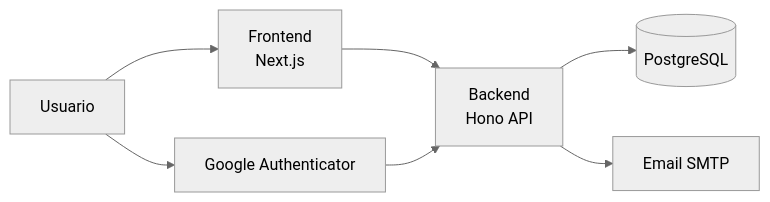
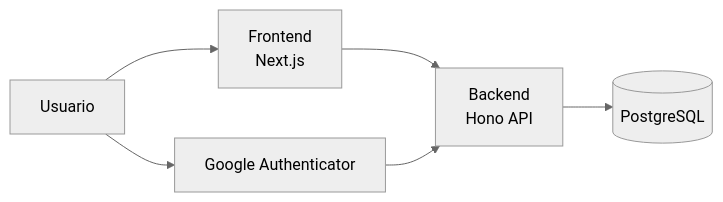
The diagram in docs/architecture/sad.md (FelipePepe/TeamHub), drawn with Mermaid (neutral theme) before and after one commit. The commit also changed other lines of this file and 6 other files, not shown here.

````diff
--- a/docs/architecture/sad.md
+++ b/docs/architecture/sad.md
@@ -32,9 +31,8 @@
 ```mermaid
 flowchart LR
   user[Usuario] --> frontend[Frontend\nNext.js]
   frontend --> backend[Backend\nHono API]
   backend --> db[(PostgreSQL)]
-  backend --> smtp[Email SMTP]
   user --> mfa[Google Authenticator]
   mfa --> backend
 ```
````
